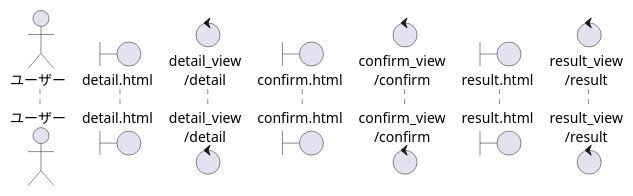
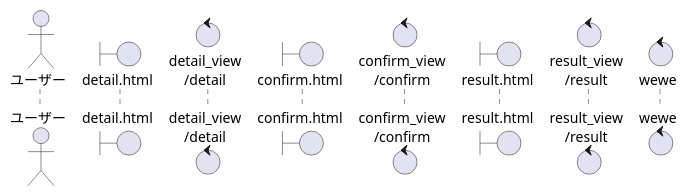
Before and after one commit to RK0309-art/gith_full_course: the seventh of 14 diagrams in シーケンス図_書籍検索システム_django.puml, drawn with PlantUML.

Commit message:
ためしにかえた

```diff
--- a/シーケンス図_書籍検索システム_django.puml
+++ b/シーケンス図_書籍検索システム_django.puml
@@ -112,12 +112,12 @@
 @startuml 書籍を削除する
 
 actor ユーザー as U
 boundary "detail.html" as DH
 control "detail_view\n/detail" as DV
 boundary "confirm.html" as CH
 control "confirm_view\n/confirm" as CV
 boundary "result.html" as RH
 control "result_view\n/result" as RV
-
+control "wewe"
 
 @enduml
```
